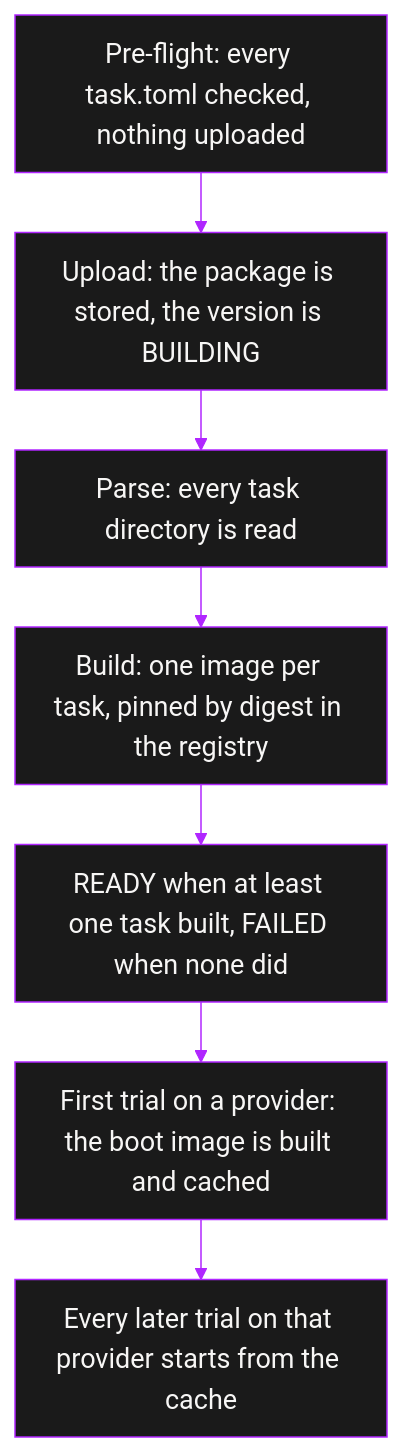
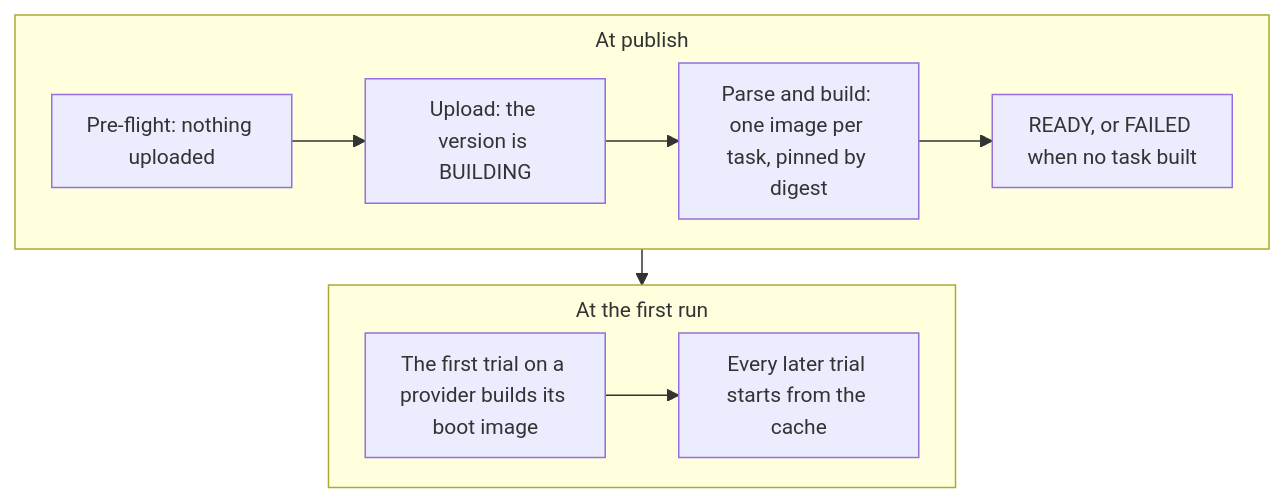
The diagram in docs-mintlify/core-concepts/datasets.mdx (evolving-machines-lab/evolve), drawn with Mermaid before and after one commit. The commit also changed other lines of this file and 1 other file, not shown here.

Commit message:
docs-mintlify: charts in grays with a size-only init, compact publishing flow in two rows

````diff
--- a/docs-mintlify/core-concepts/datasets.mdx
+++ b/docs-mintlify/core-concepts/datasets.mdx
@@ -56,10 +64,15 @@
 ```mermaid
-%%{init: {"theme": "base", "themeVariables": {"fontSize": "18px", "fontFamily": "Google Sans Flex, sans-serif", "primaryColor": "#1a1a1a", "primaryTextColor": "#f7f6f5", "primaryBorderColor": "#B026FF", "lineColor": "#B026FF"}, "flowchart": {"nodeSpacing": 32, "rankSpacing": 40, "padding": 12}}}%%
+%%{init: {"themeVariables": {"fontSize": "14px", "fontFamily": "Google Sans Flex, sans-serif"}, "flowchart": {"nodeSpacing": 20, "rankSpacing": 24, "padding": 10, "wrappingWidth": 120, "subGraphTitleMargin": {"top": 6, "bottom": 6}}}}%%
 flowchart TB
-  P[Pre-flight: every task.toml checked, nothing uploaded] --> U[Upload: the package is stored, the version is BUILDING]
-  U --> PA[Parse: every task directory is read]
-  PA --> B[Build: one image per task, pinned by digest in the registry]
-  B --> RD[READY when at least one task built, FAILED when none did]
-  RD --> F[First trial on a provider: the boot image is built and cached]
-  F --> L[Every later trial on that provider starts from the cache]
+  subgraph PUB[At publish]
+    direction LR
+    P[Pre-flight: nothing uploaded] --> U[Upload: the version is BUILDING]
+    U --> B[Parse and build: one image per task, pinned by digest]
+    B --> RD[READY, or FAILED when no task built]
+  end
+  subgraph RUN[At the first run]
+    direction LR
+    F[The first trial on a provider builds its boot image] --> L[Every later trial starts from the cache]
+  end
+  PUB --> RUN
 ```
````
